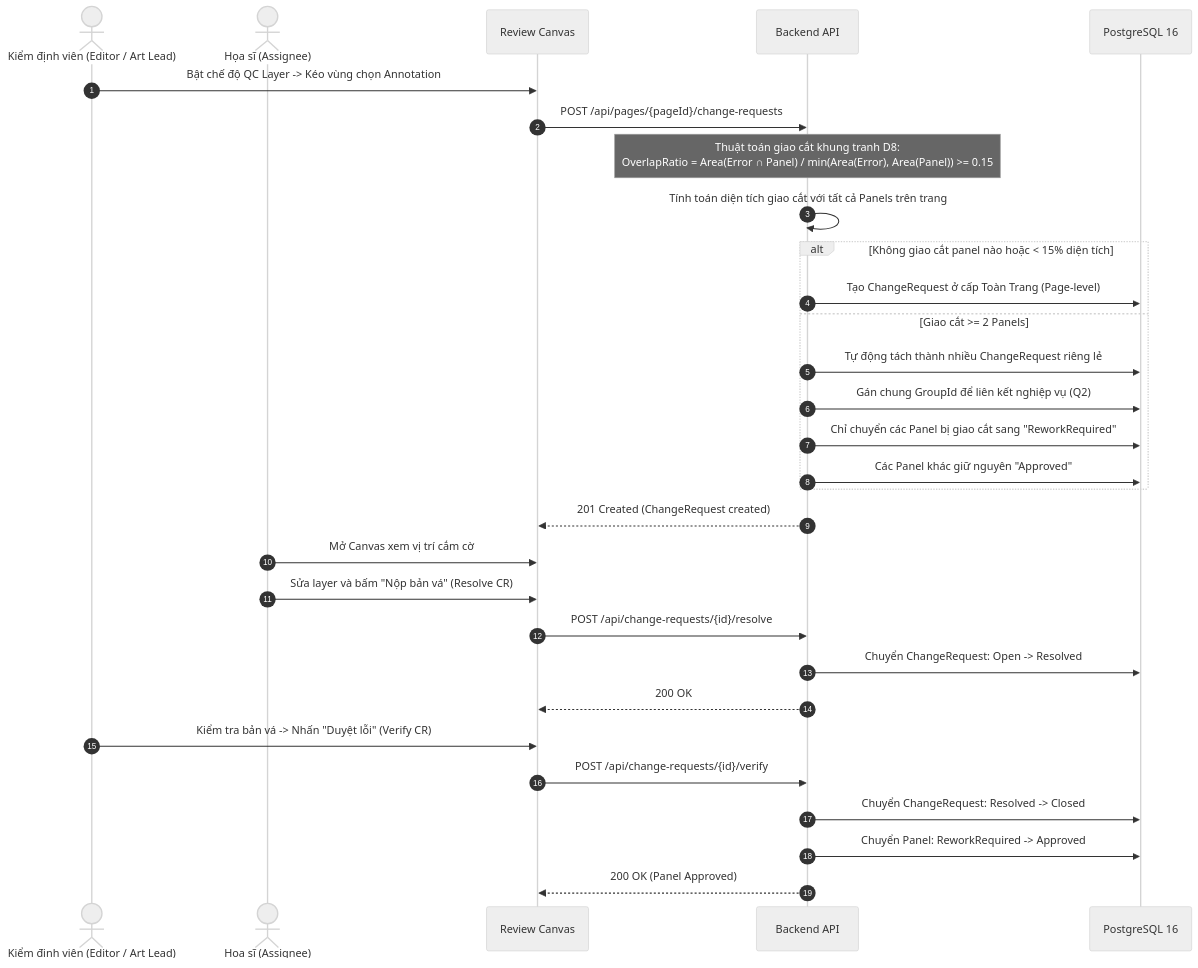
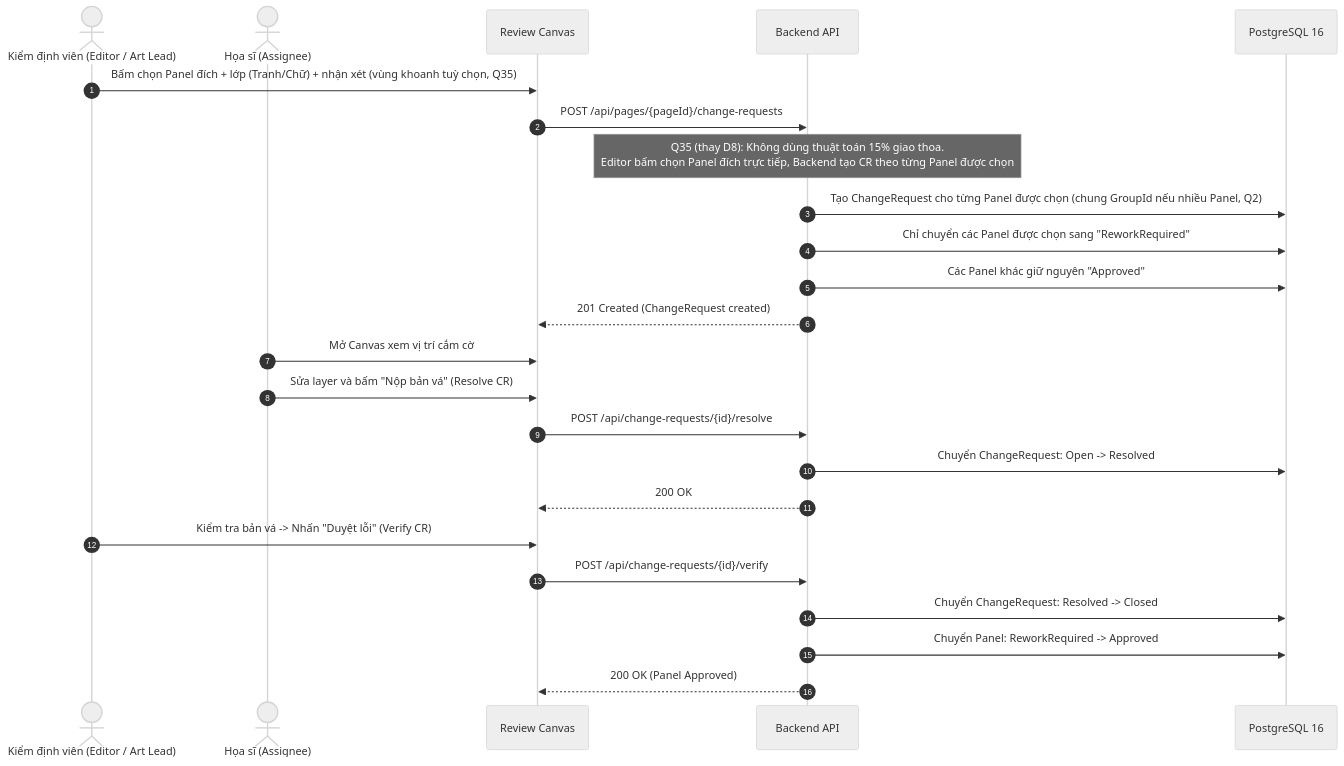
The third of 6 diagrams in docs/architecture/PANELFORGE_CORE_FLOWS_AND_EXCEPTION_HANDLING_GUIDE.md (tkiennt/panelforge-hubs), drawn with Mermaid (neutral theme) before and after one commit. The commit also changed other lines of this file and 16 other files, not shown here.

````diff
--- a/docs/architecture/PANELFORGE_CORE_FLOWS_AND_EXCEPTION_HANDLING_GUIDE.md
+++ b/docs/architecture/PANELFORGE_CORE_FLOWS_AND_EXCEPTION_HANDLING_GUIDE.md
@@ -221,38 +221,31 @@
 ```mermaid
 sequenceDiagram
     autonumber
     actor Reviewer as Kiểm định viên (Editor / Art Lead)
     actor Artist as Họa sĩ (Assignee)
     participant FE as Review Canvas
     participant API as Backend API
     participant DB as PostgreSQL 16
 
-    Reviewer->>FE: Bật chế độ QC Layer -> Kéo vùng chọn Annotation
+    Reviewer->>FE: Bấm chọn Panel đích + lớp (Tranh/Chữ) + nhận xét (vùng khoanh tuỳ chọn, Q35)
     FE->>API: POST /api/pages/{pageId}/change-requests
-    Note over API: Thuật toán giao cắt khung tranh D8:<br/>OverlapRatio = Area(Error ∩ Panel) / min(Area(Error), Area(Panel)) >= 0.15
-    API->>API: Tính toán diện tích giao cắt với tất cả Panels trên trang
-    
-    alt Không giao cắt panel nào hoặc < 15% diện tích
-        API->>DB: Tạo ChangeRequest ở cấp Toàn Trang (Page-level)
-    else Giao cắt >= 2 Panels
-        API->>DB: Tự động tách thành nhiều ChangeRequest riêng lẻ
-        API->>DB: Gán chung GroupId để liên kết nghiệp vụ (Q2)
-        API->>DB: Chỉ chuyển các Panel bị giao cắt sang "ReworkRequired"
-        API->>DB: Các Panel khác giữ nguyên "Approved"
-    end
+    Note over API: Q35 (thay D8): Không dùng thuật toán 15% giao thoa.<br/>Editor bấm chọn Panel đích trực tiếp, Backend tạo CR theo từng Panel được chọn
+    API->>DB: Tạo ChangeRequest cho từng Panel được chọn (chung GroupId nếu nhiều Panel, Q2)
+    API->>DB: Chỉ chuyển các Panel được chọn sang "ReworkRequired"
+    API->>DB: Các Panel khác giữ nguyên "Approved"
     API-->>FE: 201 Created (ChangeRequest created)
     
     %% Artist sửa lỗi
     Artist->>FE: Mở Canvas xem vị trí cắm cờ
     Artist->>FE: Sửa layer và bấm "Nộp bản vá" (Resolve CR)
     FE->>API: POST /api/change-requests/{id}/resolve
     API->>DB: Chuyển ChangeRequest: Open -> Resolved
     API-->>FE: 200 OK
     
     %% Reviewer tái kiểm
     Reviewer->>FE: Kiểm tra bản vá -> Nhấn "Duyệt lỗi" (Verify CR)
     FE->>API: POST /api/change-requests/{id}/verify
     API->>DB: Chuyển ChangeRequest: Resolved -> Closed
     API->>DB: Chuyển Panel: ReworkRequired -> Approved
     API-->>FE: 200 OK (Panel Approved)
 ```
````
